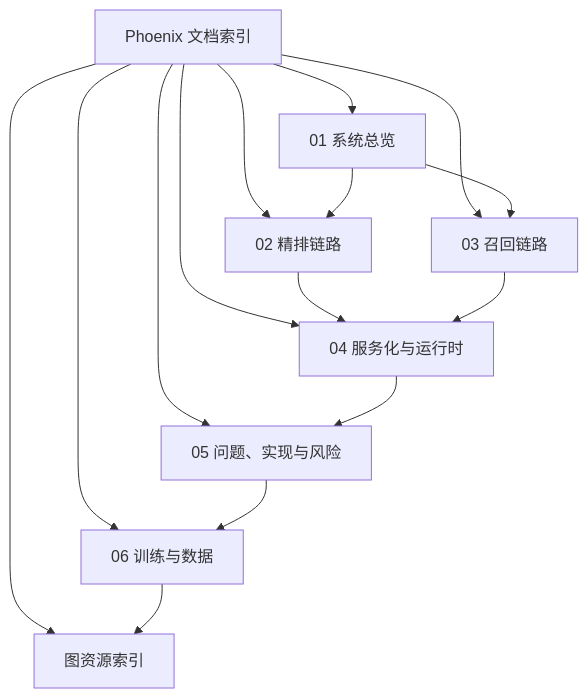
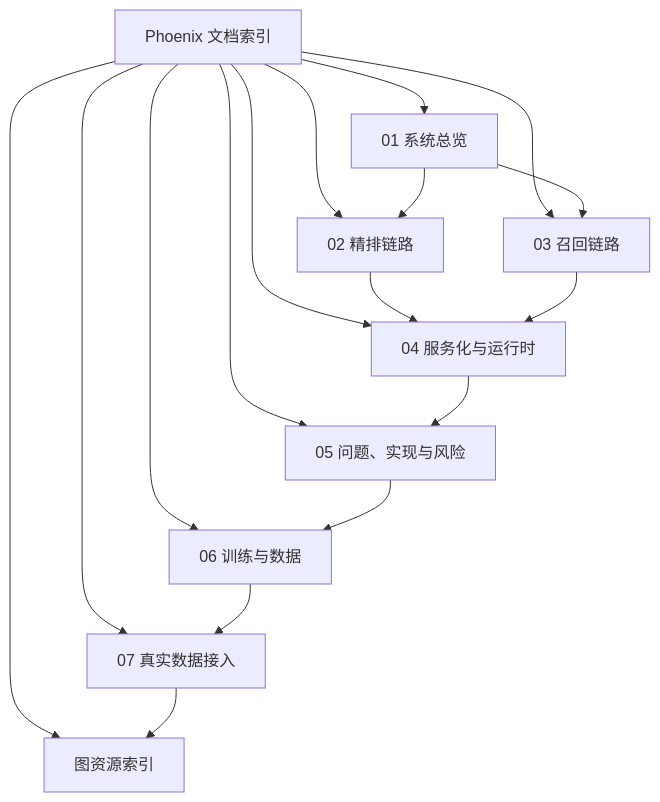
The first of 2 diagrams in docs/phoenix/README.md (freefcw/x-algorithm), drawn with Mermaid before and after one commit. The commit also changed other lines of this file and 32 other files, not shown here.

````diff
--- a/docs/phoenix/README.md
+++ b/docs/phoenix/README.md
@@ -21,18 +24,20 @@
 ```mermaid
 graph TD
     A[Phoenix 文档索引] --> B[01 系统总览]
     A --> C[02 精排链路]
     A --> D[03 召回链路]
     A --> E[04 服务化与运行时]
     A --> F[05 问题、实现与风险]
     A --> G[06 训练与数据]
-    A --> H[图资源索引]
+    A --> H[07 真实数据接入]
+    A --> I[图资源索引]
 
     B --> C
     B --> D
     C --> E
     D --> E
     E --> F
     F --> G
     G --> H
+    H --> I
 ```
````
